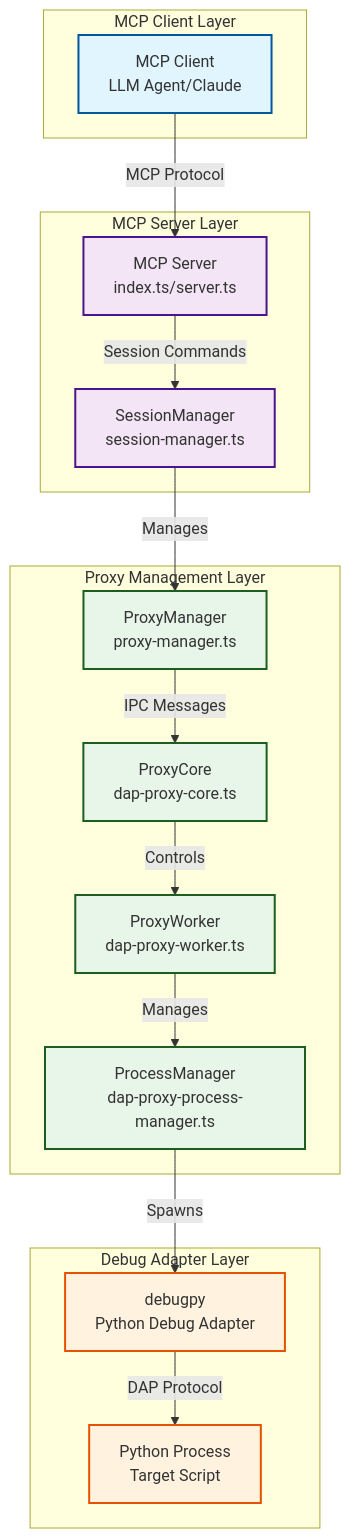
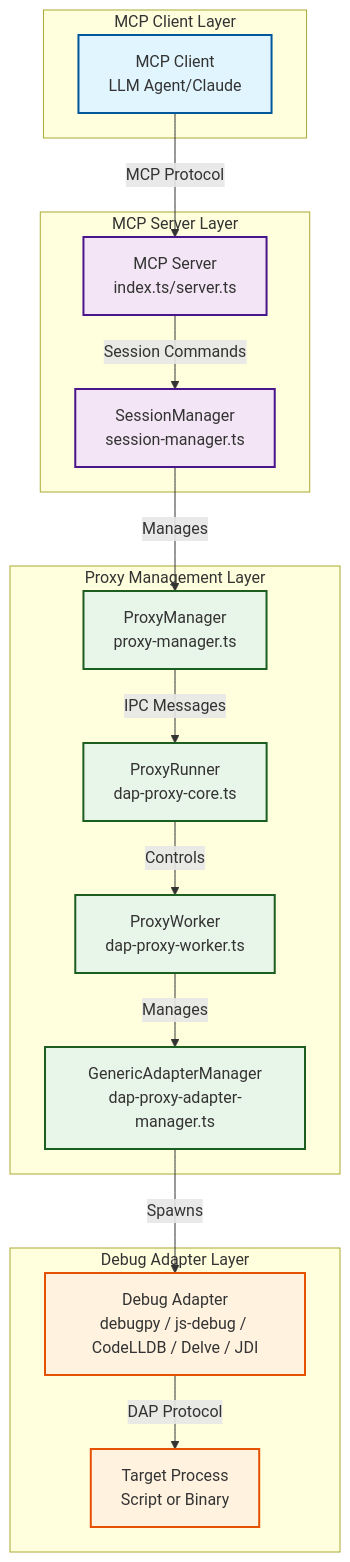
The first of 2 diagrams in docs/architecture/system-overview.md (debugmcp/mcp-debugger), drawn with Mermaid before and after one commit. The commit also changed other lines of this file and 129 other files, not shown here.

````diff
--- a/docs/architecture/system-overview.md
+++ b/docs/architecture/system-overview.md
@@ -7,42 +7,42 @@
 ```mermaid
 graph TB
     subgraph "MCP Client Layer"
         MC[MCP Client<br/>LLM Agent/Claude]
     end
 
     subgraph "MCP Server Layer"
         MS[MCP Server<br/>index.ts/server.ts]
         SM[SessionManager<br/>session-manager.ts]
     end
 
     subgraph "Proxy Management Layer"
         PM[ProxyManager<br/>proxy-manager.ts]
-        PC[ProxyCore<br/>dap-proxy-core.ts]
+        PC[ProxyRunner<br/>dap-proxy-core.ts]
         PW[ProxyWorker<br/>dap-proxy-worker.ts]
-        PPM[ProcessManager<br/>dap-proxy-process-manager.ts]
+        PPM[GenericAdapterManager<br/>dap-proxy-adapter-manager.ts]
     end
 
     subgraph "Debug Adapter Layer"
-        DA[debugpy<br/>Python Debug Adapter]
-        PY[Python Process<br/>Target Script]
+        DA[Debug Adapter<br/>debugpy / js-debug / CodeLLDB / Delve / JDI]
+        TGT[Target Process<br/>Script or Binary]
     end
 
     MC -->|MCP Protocol| MS
     MS -->|Session Commands| SM
     SM -->|Manages| PM
     PM -->|IPC Messages| PC
     PC -->|Controls| PW
     PW -->|Manages| PPM
     PPM -->|Spawns| DA
-    DA -->|DAP Protocol| PY
+    DA -->|DAP Protocol| TGT
     
     classDef client fill:#e1f5fe,stroke:#01579b,stroke-width:2px
     classDef server fill:#f3e5f5,stroke:#4a148c,stroke-width:2px
     classDef proxy fill:#e8f5e9,stroke:#1b5e20,stroke-width:2px
     classDef adapter fill:#fff3e0,stroke:#e65100,stroke-width:2px
     
     class MC client
     class MS,SM server
     class PM,PC,PW,PPM proxy
-    class DA,PY adapter
+    class DA,TGT adapter
 ```
````
